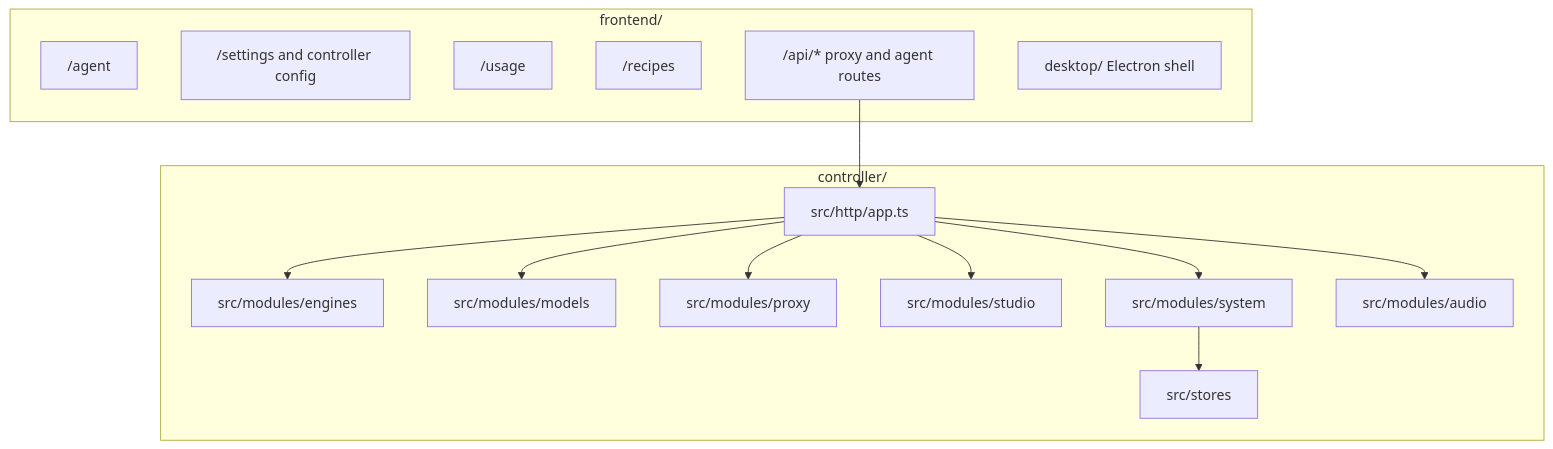
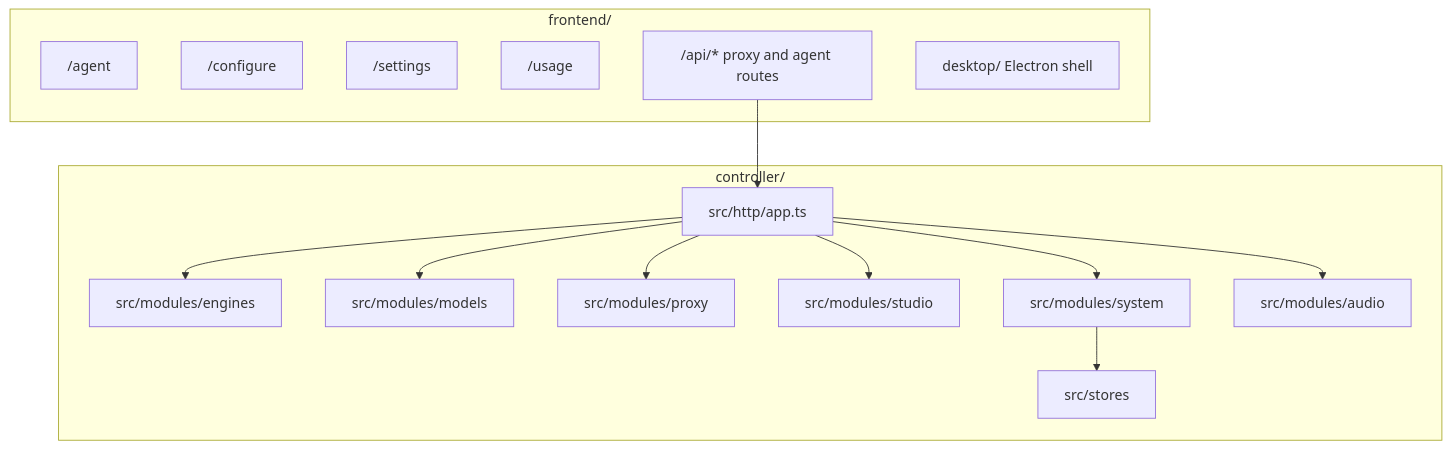
The second of 2 diagrams in README.md (0xSero/vllm-studio), drawn with Mermaid before and after one commit. The commit also changed other lines of this file and 4 other files, not shown here.

````diff
--- a/README.md
+++ b/README.md
@@ -42,31 +44,31 @@
 ```mermaid
 flowchart TB
     subgraph Frontend["frontend/"]
         AgentPage["/agent"]
-        Settings["/settings and controller config"]
+        Configure["/configure"]
+        Settings["/settings"]
         Usage["/usage"]
-        Recipes["/recipes"]
         ProxyRoutes["/api/* proxy and agent routes"]
         DesktopMain["desktop/ Electron shell"]
     end
 
     subgraph Controller["controller/"]
         HttpApp["src/http/app.ts"]
         Engines["src/modules/engines"]
         Models["src/modules/models"]
         Proxy["src/modules/proxy"]
         Studio["src/modules/studio"]
         System["src/modules/system"]
         Audio["src/modules/audio"]
         Stores["src/stores"]
     end
 
     ProxyRoutes --> HttpApp
     HttpApp --> Engines
     HttpApp --> Models
     HttpApp --> Proxy
     HttpApp --> Studio
     HttpApp --> System
     HttpApp --> Audio
     System --> Stores
 ```
````
